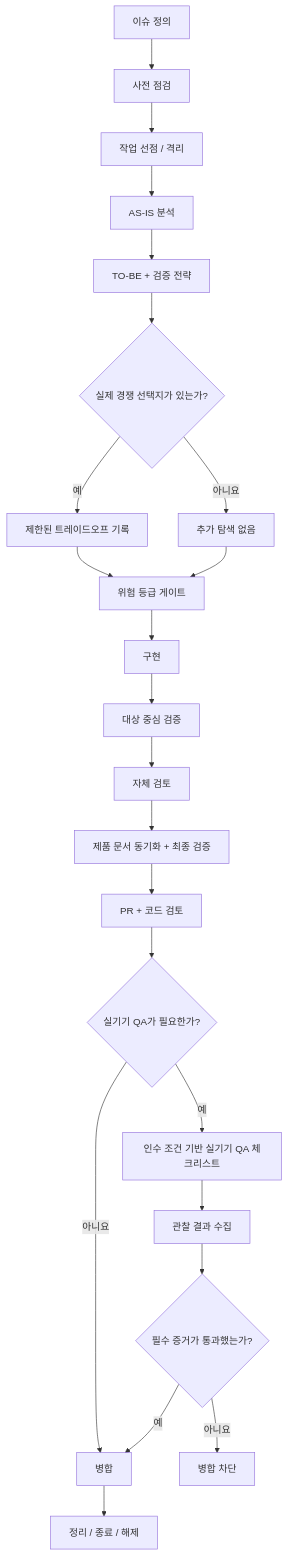
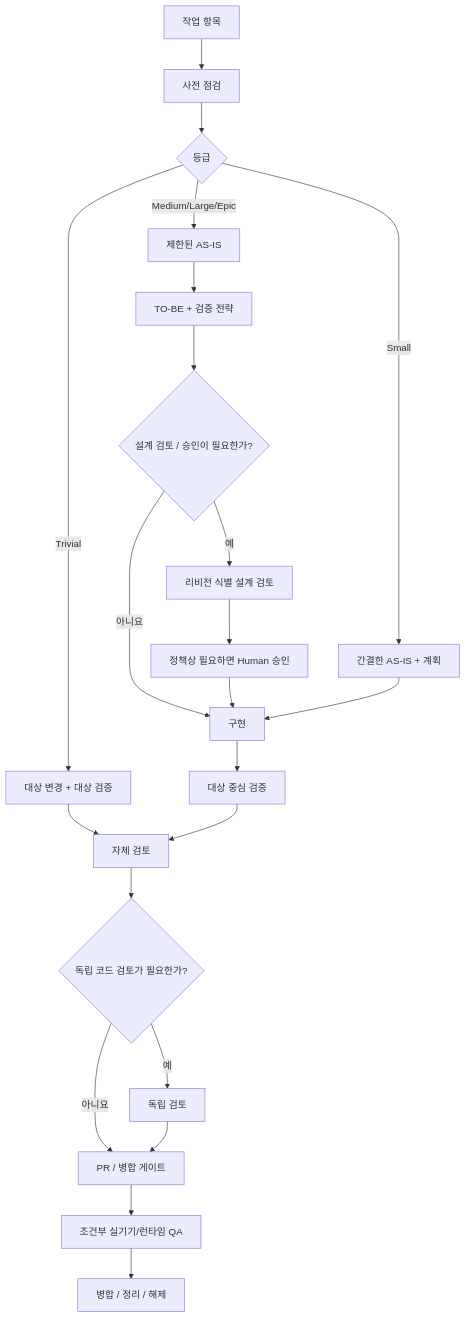
The diagram in README.md (seok-jun/adaptive-agentic-sdd-ko), drawn with Mermaid before and after one commit. The commit also changed other lines of this file and 15 other files, not shown here.

````diff
--- a/README.md
+++ b/README.md
@@ -66,30 +71,24 @@
 ```mermaid
 flowchart TD
-    A[이슈 정의] --> B[사전 점검]
-    B --> C[작업 선점 / 격리]
-    C --> D[AS-IS 분석]
+    A[작업 항목] --> B[사전 점검]
+    B --> C{등급}
+    C -->|Trivial| T[대상 변경 + 대상 검증]
+    C -->|Small| S[간결한 AS-IS + 계획]
+    C -->|Medium/Large/Epic| D[제한된 AS-IS]
     D --> E[TO-BE + 검증 전략]
-
-    E --> F{실제 경쟁 선택지가 있는가?}
-    F -- 예 --> G[제한된 트레이드오프 기록]
-    F -- 아니요 --> H[추가 탐색 없음]
-
-    G --> I[위험 등급 게이트]
+    E --> F{설계 검토 / 승인이 필요한가?}
+    F -->|예| G[리비전 식별 설계 검토]
+    G --> H[정책상 필요하면 Human 승인]
+    F -->|아니요| I[구현]
     H --> I
-
-    I --> J[구현]
-    J --> K[대상 중심 검증]
-    K --> L[자체 검토]
-    L --> M[제품 문서 동기화 + 최종 검증]
-    M --> N[PR + 코드 검토]
-
-    N --> O{실기기 QA가 필요한가?}
-    O -- 아니요 --> P[병합]
-    O -- 예 --> Q[인수 조건 기반 실기기 QA 체크리스트]
-    Q --> R[관찰 결과 수집]
-    R --> S{필수 증거가 통과했는가?}
-    S -- 아니요 --> T[병합 차단]
-    S -- 예 --> P
-
-    P --> U[정리 / 종료 / 해제]
+    S --> I
+    T --> J[자체 검토]
+    I --> K[대상 중심 검증]
+    K --> J
+    J --> L{독립 코드 검토가 필요한가?}
+    L -->|예| M[독립 검토]
+    L -->|아니요| N[PR / 병합 게이트]
+    M --> N
+    N --> O[조건부 실기기/런타임 QA]
+    O --> P[병합 / 정리 / 해제]
 ```
````
